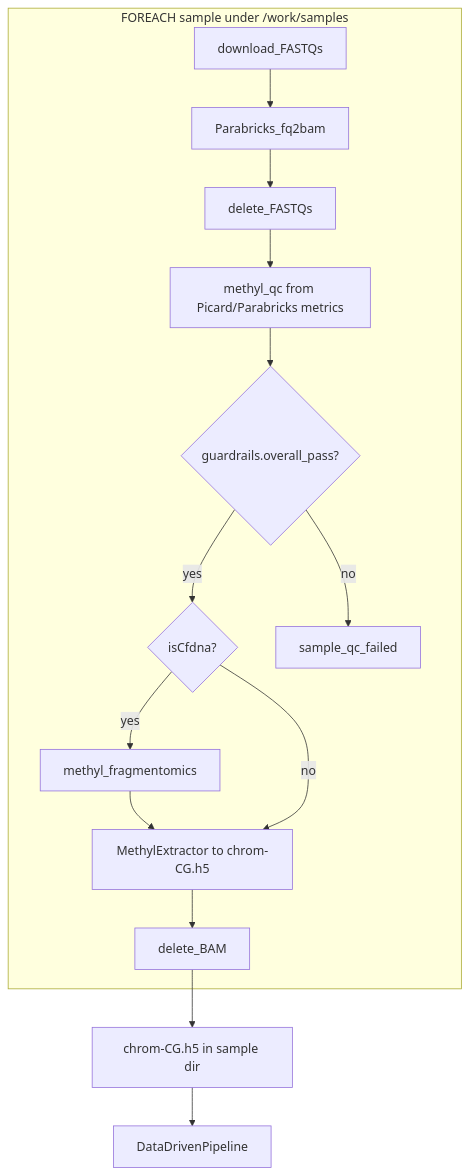
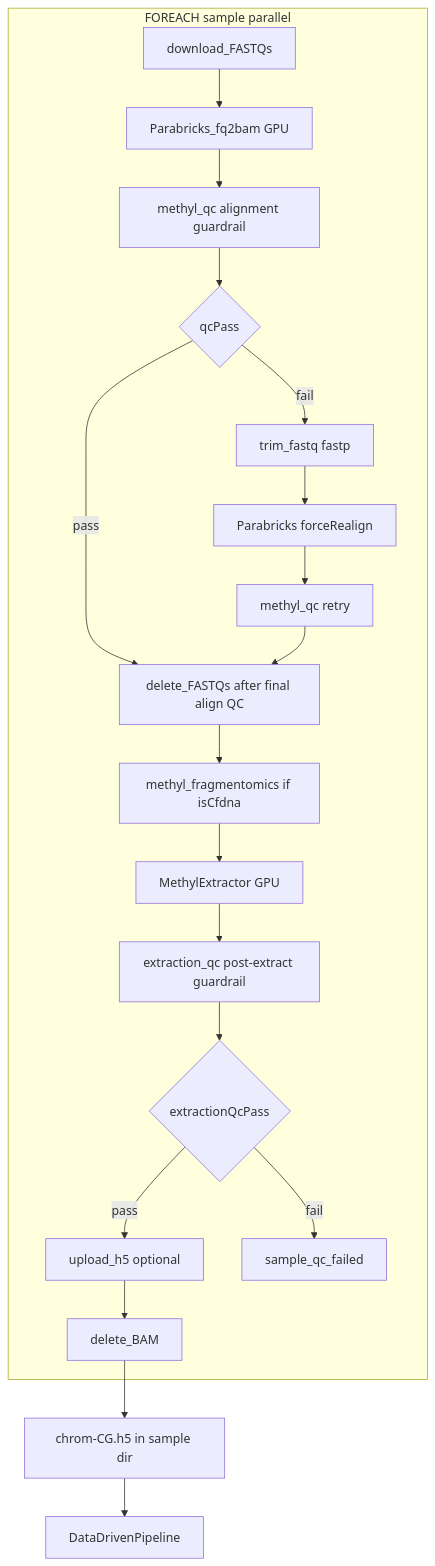
Before and after one commit to Goliath-Research/GoliathWorkflow: the second of 14 diagrams in workflow_engine/docs/pipeline_architecture.md, drawn with Mermaid. The commit also changed other lines of this file and 22 other files, not shown here.

First line of the commit message:
Enhance SamplePrepPipeline with extraction QC and related updates

````diff
--- a/workflow_engine/docs/pipeline_architecture.md
+++ b/workflow_engine/docs/pipeline_architecture.md
@@ -94,23 +95,27 @@
 ```mermaid
 flowchart TD
-  subgraph perSample [FOREACH sample under /work/samples]
+  subgraph perSample [FOREACH sample parallel]
     dl[download_FASTQs]
-    align[Parabricks_fq2bam]
-    delFq[delete_FASTQs]
-    qc[methyl_qc from Picard/Parabricks metrics]
-    gate{guardrails.overall_pass?}
-    cfdnaCheck{isCfdna?}
-    frag[methyl_fragmentomics]
-    ext[MethylExtractor to chrom-CG.h5]
+    align[Parabricks_fq2bam GPU]
+    qc[methyl_qc alignment guardrail]
+    gateQc{qcPass}
+    delFq[delete_FASTQs after final align QC]
+    frag[methyl_fragmentomics if isCfdna]
+    ext[MethylExtractor GPU]
+    extQc[extraction_qc post-extract guardrail]
+    gateExt{extractionQcPass}
+    upload[upload_h5 optional]
     delBam[delete_BAM]
+    trim[trim_fastq fastp]
+    align2[Parabricks forceRealign]
+    qc2[methyl_qc retry]
     fail[sample_qc_failed]
   end
-  dl --> align --> delFq --> qc --> gate
-  gate -->|no| fail
-  gate -->|yes| cfdnaCheck
-  cfdnaCheck -->|yes| frag --> ext
-  cfdnaCheck -->|no| ext
-  ext --> delBam
+  dl --> align --> qc --> gateQc
+  gateQc -->|pass| delFq --> frag --> ext --> extQc --> gateExt
+  gateExt -->|pass| upload --> delBam
+  gateExt -->|fail| fail
+  gateQc -->|fail| trim --> align2 --> qc2 --> delFq
   delBam --> h5["chrom-CG.h5 in sample dir"]
   h5 --> ddp[DataDrivenPipeline]
 ```
````
